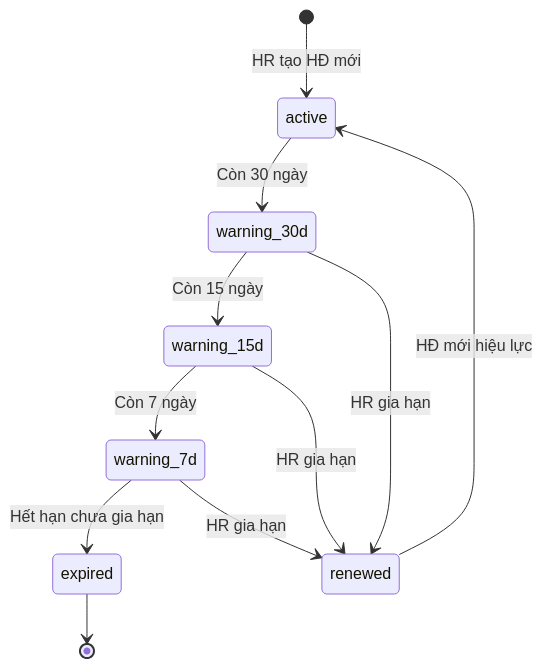
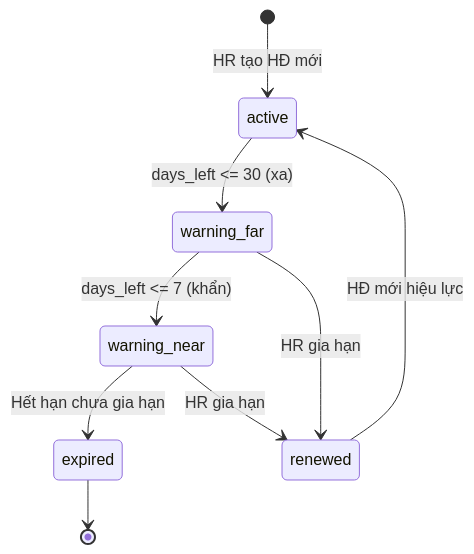
One commit to hohoangluan/Business_web_project changed diagram 16 of 18 in walkthrough.md. Above: the diagram before and after it, drawn with Mermaid. The commit also changed other lines of this file and 5 other files, not shown here.

Commit message:
Thêm các file .md diagram

````diff
--- a/walkthrough.md
+++ b/walkthrough.md
@@ -901,13 +891,11 @@
 ```mermaid
 stateDiagram-v2
     [*] --> active : HR tạo HĐ mới
-    active --> warning_30d : Còn 30 ngày
-    warning_30d --> warning_15d : Còn 15 ngày
-    warning_15d --> warning_7d : Còn 7 ngày
-    warning_7d --> expired : Hết hạn chưa gia hạn
-    warning_30d --> renewed : HR gia hạn
-    warning_15d --> renewed : HR gia hạn
-    warning_7d --> renewed : HR gia hạn
+    active --> warning_far : days_left <= 30 (xa)
+    warning_far --> warning_near : days_left <= 7 (khẩn)
+    warning_near --> expired : Hết hạn chưa gia hạn
+    warning_far --> renewed : HR gia hạn
+    warning_near --> renewed : HR gia hạn
     expired --> [*]
     renewed --> active : HĐ mới hiệu lực
 ```
````
